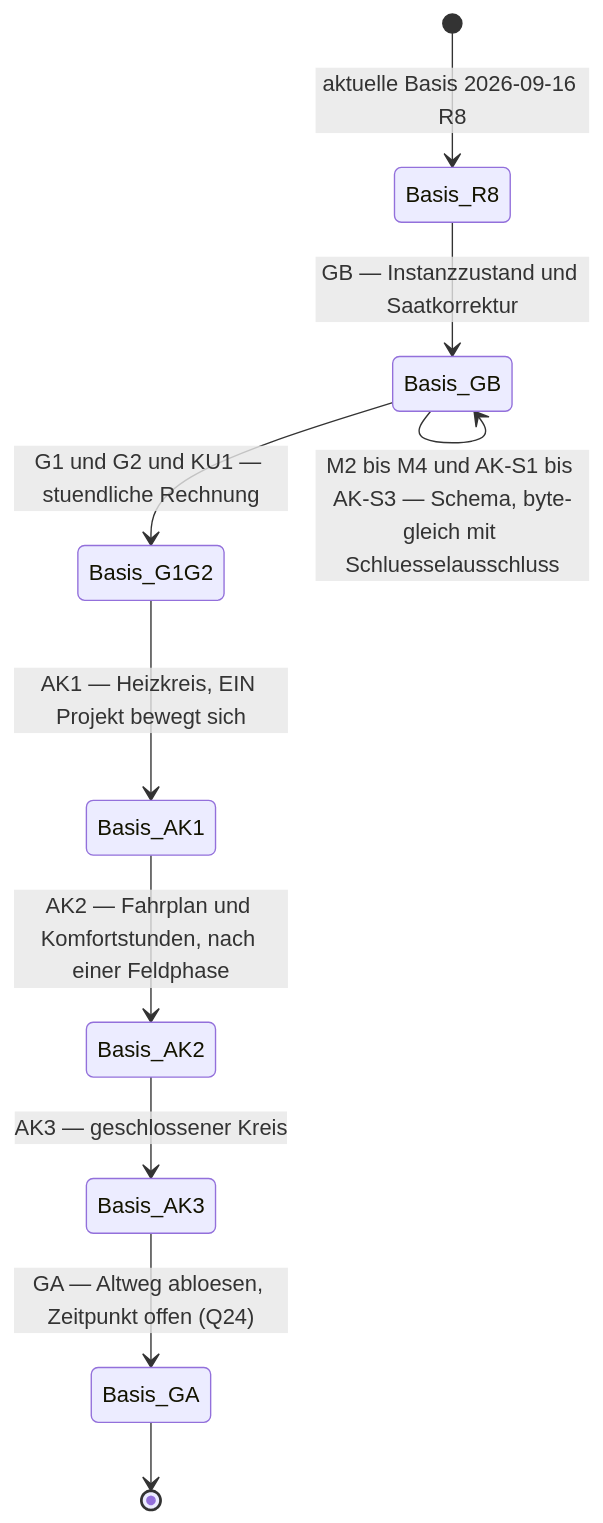
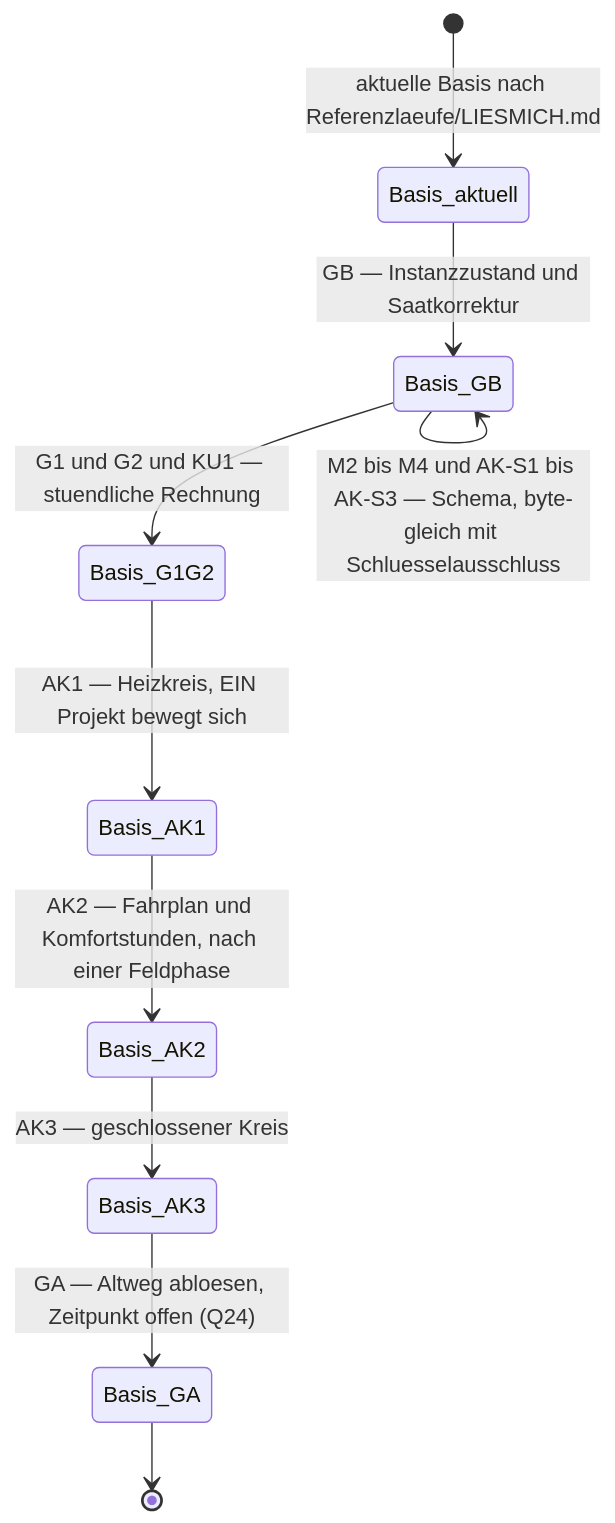
Before and after one commit to inekon/EPOS-Plan: the fourth of 4 diagrams in Dokumentation/aktuell/Konzept_Anlagenkopplung_Gebaeudesimulation_EPOS-Plan.md, drawn with Mermaid. The commit also changed other lines of this file and 15 other files, not shown here.

````diff
--- a/Dokumentation/aktuell/Konzept_Anlagenkopplung_Gebaeudesimulation_EPOS-Plan.md
+++ b/Dokumentation/aktuell/Konzept_Anlagenkopplung_Gebaeudesimulation_EPOS-Plan.md
@@ -1851,12 +1865,12 @@
 ```mermaid
 stateDiagram-v2
-  [*] --> Basis_R8 : aktuelle Basis 2026-09-16 R8
-  Basis_R8 --> Basis_GB : GB — Instanzzustand und Saatkorrektur
+  [*] --> Basis_aktuell : aktuelle Basis nach Referenzlaeufe/LIESMICH.md
+  Basis_aktuell --> Basis_GB : GB — Instanzzustand und Saatkorrektur
   Basis_GB --> Basis_GB : M2 bis M4 und AK-S1 bis AK-S3 — Schema, byte-gleich mit Schluesselausschluss
   Basis_GB --> Basis_G1G2 : G1 und G2 und KU1 — stuendliche Rechnung
   Basis_G1G2 --> Basis_AK1 : AK1 — Heizkreis, EIN Projekt bewegt sich
   Basis_AK1 --> Basis_AK2 : AK2 — Fahrplan und Komfortstunden, nach einer Feldphase
   Basis_AK2 --> Basis_AK3 : AK3 — geschlossener Kreis
   Basis_AK3 --> Basis_GA : GA — Altweg abloesen, Zeitpunkt offen (Q24)
   Basis_GA --> [*]
 ```
````
